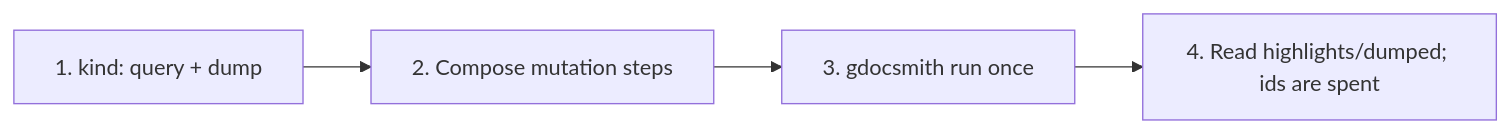
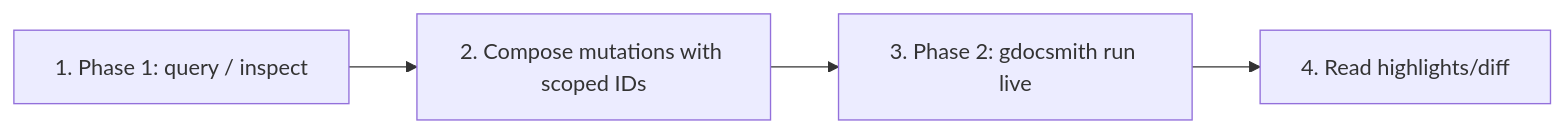
Before and after one commit to bdombro/gdocsmith: the first of 2 diagrams in docs/runbook-diagram.md, drawn with Mermaid. The commit also changed other lines of this file and 86 other files, not shown here.

````diff
--- a/docs/runbook-diagram.md
+++ b/docs/runbook-diagram.md
@@ -7,6 +7,6 @@
 ```mermaid
 flowchart LR
-  q[1. kind: query + dump] --> f[2. Compose mutation steps]
-  f --> a[3. gdocsmith run once]
-  a --> d[4. Read highlights/dumped; ids are spent]
+  q[1. Phase 1: query / inspect] --> f[2. Compose mutations with scoped IDs]
+  f --> a[3. Phase 2: gdocsmith run live]
+  a --> d[4. Read highlights/diff]
 ```
````
